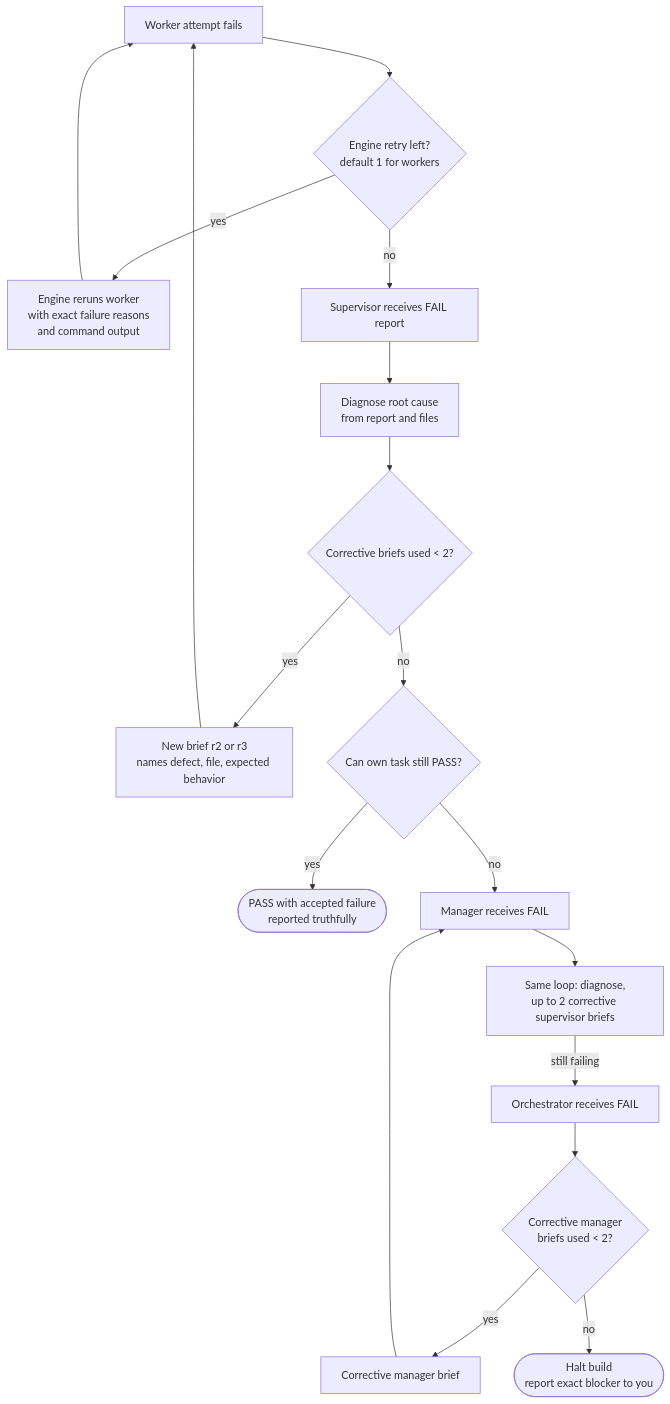
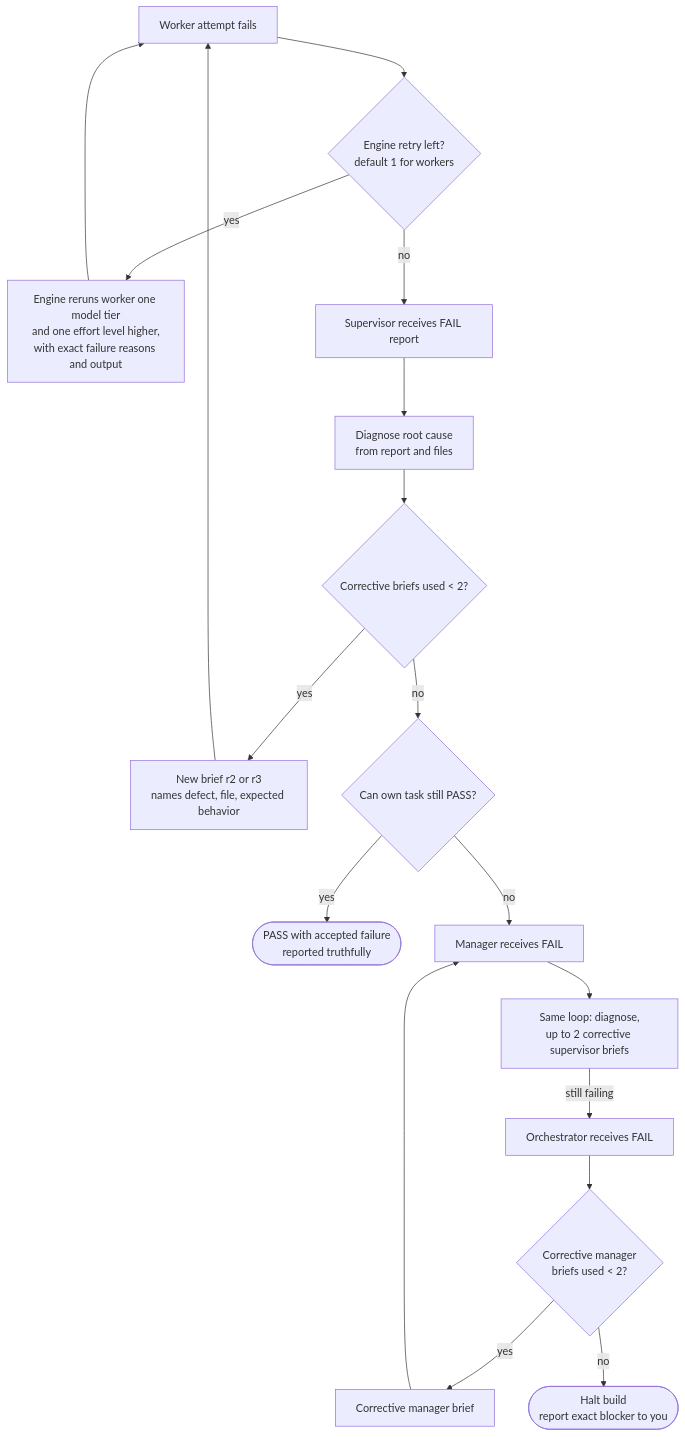
One commit to Waleed178-del/lets-do-it changed the first of 4 diagrams in docs/system/07-failure-and-escalation.md. Above: the diagram before and after it, drawn with Mermaid. The commit also changed other lines of this file and 14 other files, not shown here.

First line of the commit message:
Enforce delegation in the engine, add @commands verify, diagrams for 2.0

````diff
--- a/docs/system/07-failure-and-escalation.md
+++ b/docs/system/07-failure-and-escalation.md
@@ -7,19 +7,19 @@
 ```mermaid
 flowchart TD
     W["Worker attempt fails"] --> R1{"Engine retry left?<br/>default 1 for workers"}
-    R1 -->|yes| W2["Engine reruns worker<br/>with exact failure reasons<br/>and command output"]
+    R1 -->|yes| W2["Engine reruns worker one model tier<br/>and one effort level higher,<br/>with exact failure reasons and output"]
     W2 --> W
     R1 -->|no| S["Supervisor receives FAIL report"]
     S --> S1["Diagnose root cause<br/>from report and files"]
     S1 --> S2{"Corrective briefs used < 2?"}
     S2 -->|yes| S3["New brief r2 or r3<br/>names defect, file, expected behavior"]
     S3 --> W
     S2 -->|no| S4{"Can own task still PASS?"}
     S4 -->|yes| SP(["PASS with accepted failure<br/>reported truthfully"])
     S4 -->|no| M["Manager receives FAIL"]
     M --> M1["Same loop: diagnose,<br/>up to 2 corrective supervisor briefs"]
     M1 -->|still failing| O["Orchestrator receives FAIL"]
     O --> O1{"Corrective manager<br/>briefs used < 2?"}
     O1 -->|yes| O2["Corrective manager brief"] --> M
     O1 -->|no| H(["Halt build<br/>report exact blocker to you"])
 ```
````
